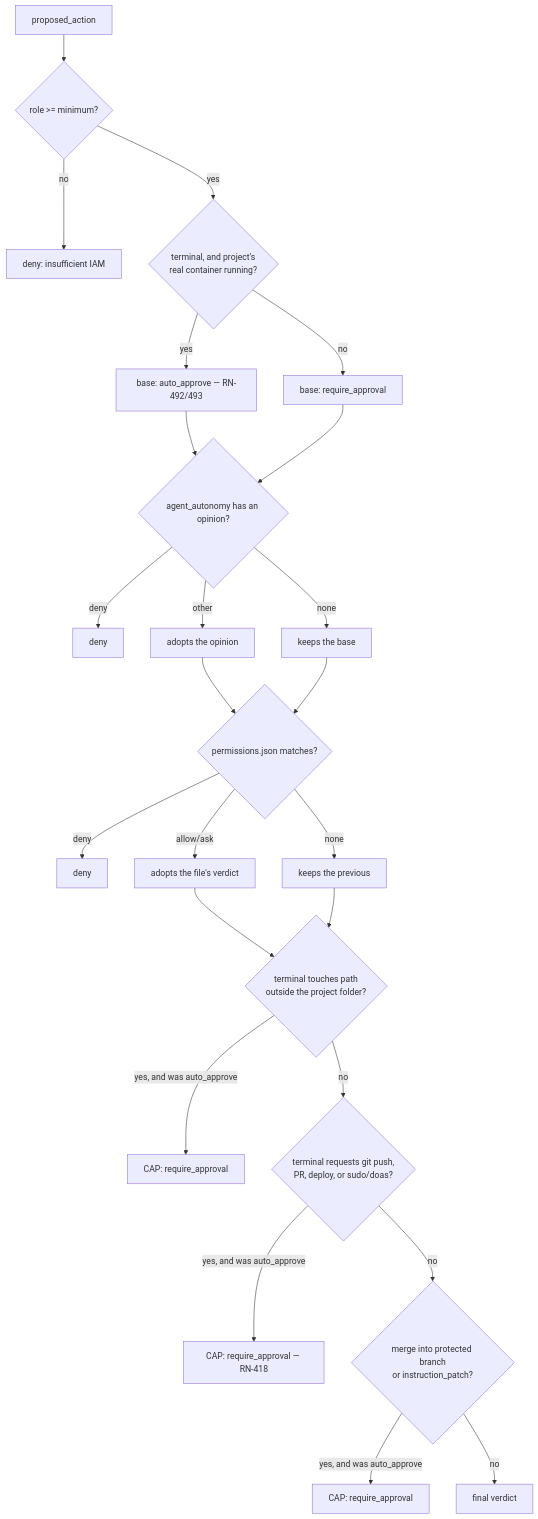
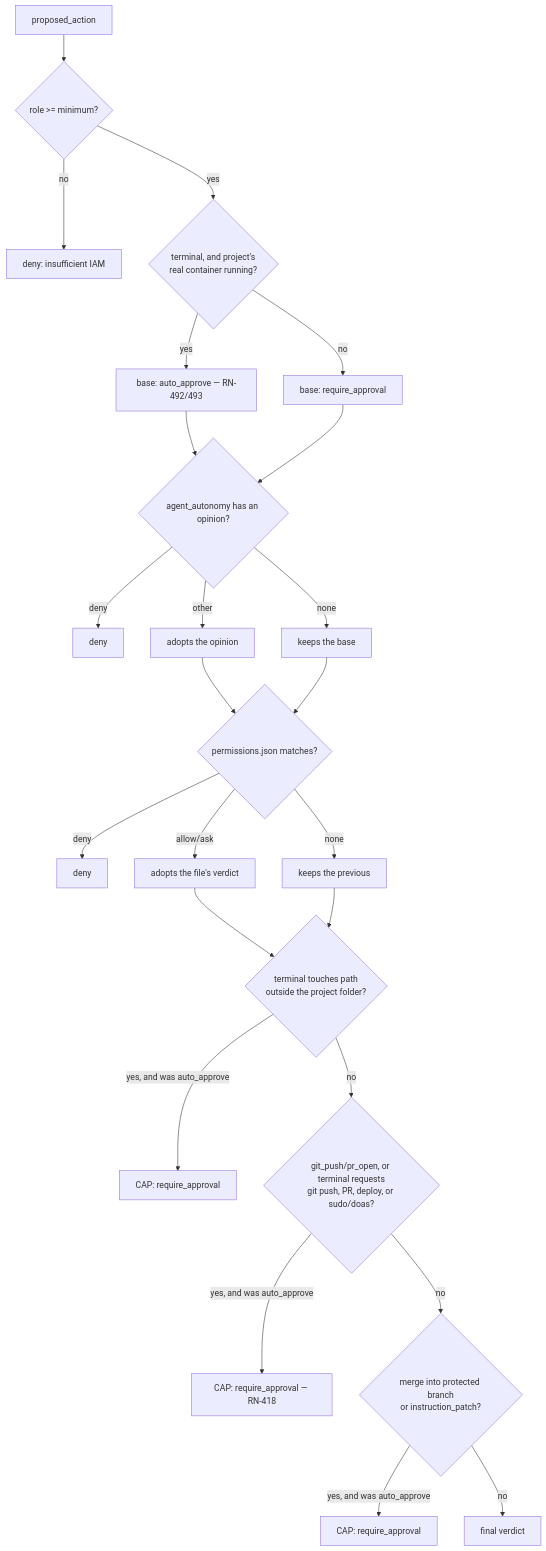
Before and after one commit to daneiel/brabo: the diagram in docs/reference/permissions.md, drawn with Mermaid. The commit also changed other lines of this file and 14 other files, not shown here.

First line of the commit message:
fix(api): o teto da RN-418 vale também para git_push e pr_open tipados (AT-347)

````diff
--- a/docs/reference/permissions.md
+++ b/docs/reference/permissions.md
@@ -289,26 +289,26 @@
 ```mermaid
 flowchart TD
   A[proposed_action] --> B{role >= minimum?}
   B -->|no| D1[deny: insufficient IAM]
   B -->|yes| C0{terminal, and project's<br/>real container running?}
   C0 -->|yes| C1[base: auto_approve — RN-492/493]
   C0 -->|no| C[base: require_approval]
   C1 --> D{agent_autonomy has an opinion?}
   C --> D
   D -->|deny| D2[deny]
   D -->|other| E[adopts the opinion]
   D -->|none| E2[keeps the base]
   E --> F{permissions.json matches?}
   E2 --> F
   F -->|deny| D3[deny]
   F -->|allow/ask| G[adopts the file's verdict]
   F -->|none| G2[keeps the previous]
   G --> S{terminal touches path<br/>outside the project folder?}
   G2 --> S
   S -->|yes, and was auto_approve| I2[CAP: require_approval]
-  S -->|no| Z{terminal requests git push,<br/>PR, deploy, or sudo/doas?}
+  S -->|no| Z{git_push/pr_open, or terminal requests<br/>git push, PR, deploy, or sudo/doas?}
   Z -->|yes, and was auto_approve| I3[CAP: require_approval — RN-418]
   Z -->|no| H{merge into protected branch<br/>or instruction_patch?}
   H -->|yes, and was auto_approve| I[CAP: require_approval]
   H -->|no| J[final verdict]
 ```
````
